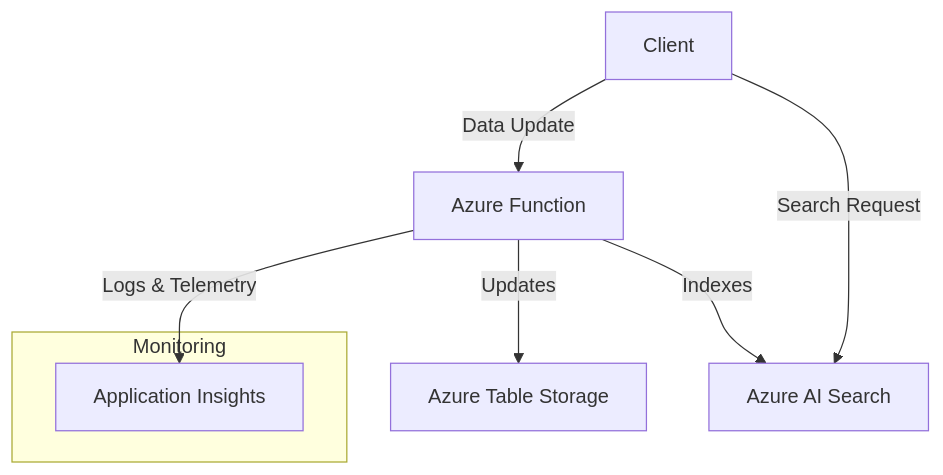
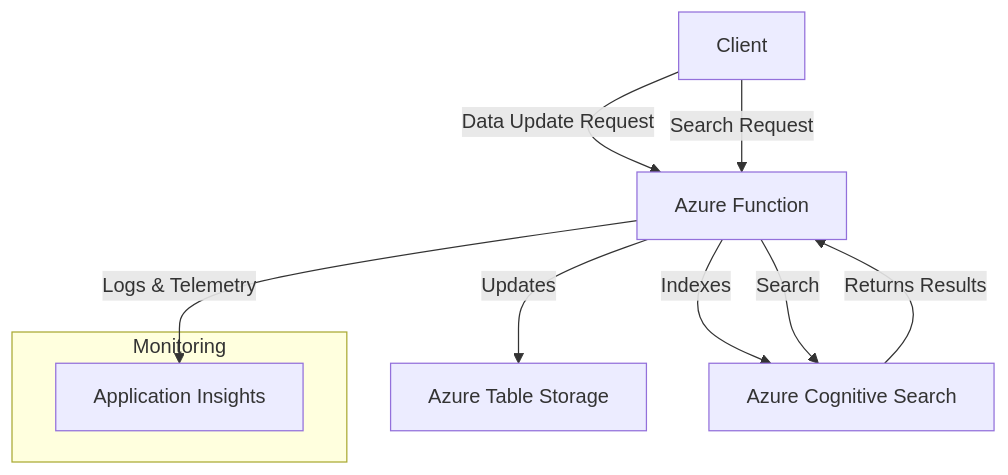
One commit to error505/Index-Table-Pattern-on-Azure changed the diagram in README.md. Above: the diagram before and after it, drawn with Mermaid.

````diff
--- a/README.md
+++ b/README.md
@@ -19,13 +19,15 @@
 ```mermaid
 graph TD
-    Client["Client"] -->|Data Update| AzureFunction["Azure Function"]
+    Client["Client"] -->|Data Update Request| AzureFunction["Azure Function"]
+    Client -->|Search Request| AzureFunction
     AzureFunction -->|Updates| AzureTableStorage["Azure Table Storage"]
-    AzureFunction -->|Indexes| AzureAISearch["Azure AI Search"]
-    Client -->|Search Request| AzureAISearch
+    AzureFunction -->|Indexes| AzureCognitiveSearch["Azure Cognitive Search"]
+    AzureFunction -->|Search| AzureCognitiveSearch
+    AzureCognitiveSearch -->|Returns Results| AzureFunction
 
     subgraph Monitoring
         AppInsights["Application Insights"]
     end
 
     AzureFunction -->|Logs & Telemetry| AppInsights
 ```
````
